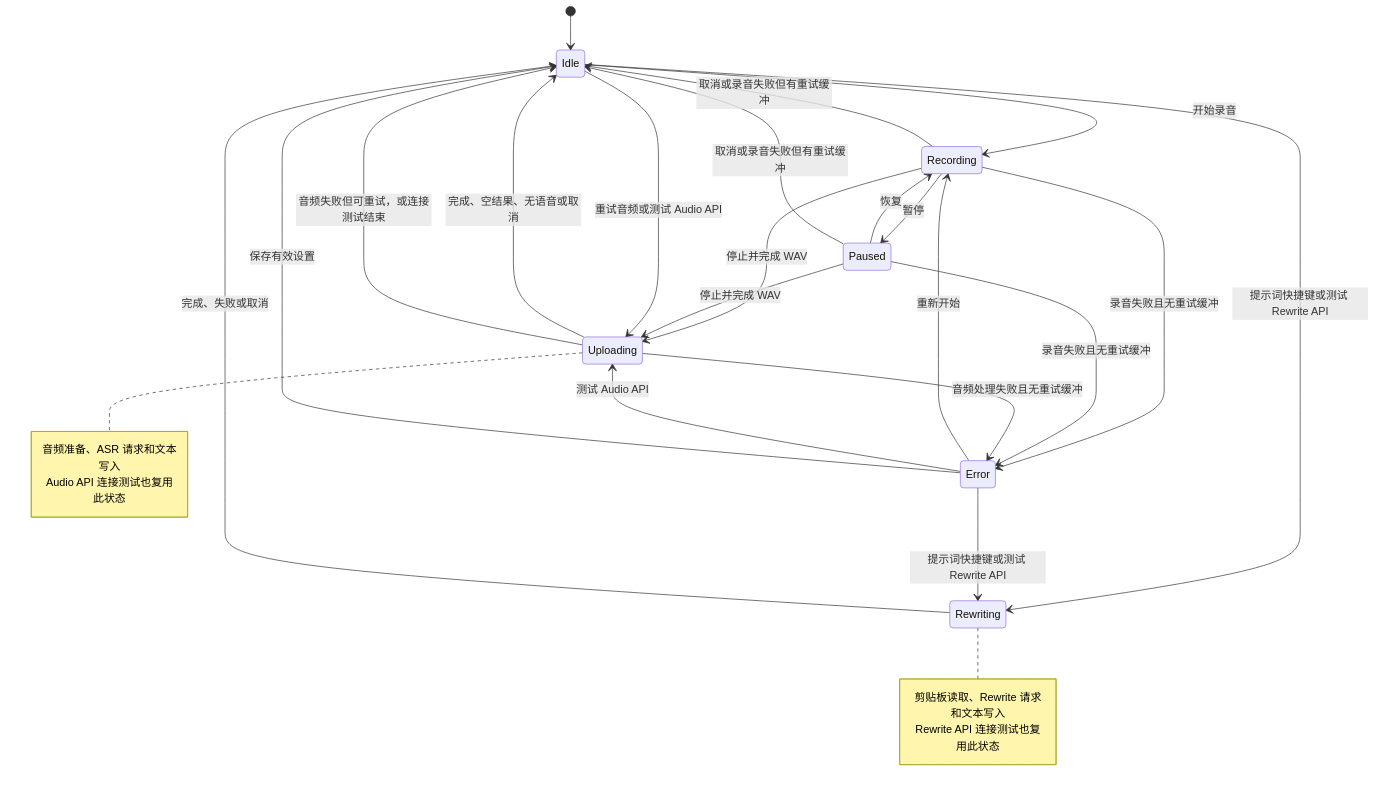
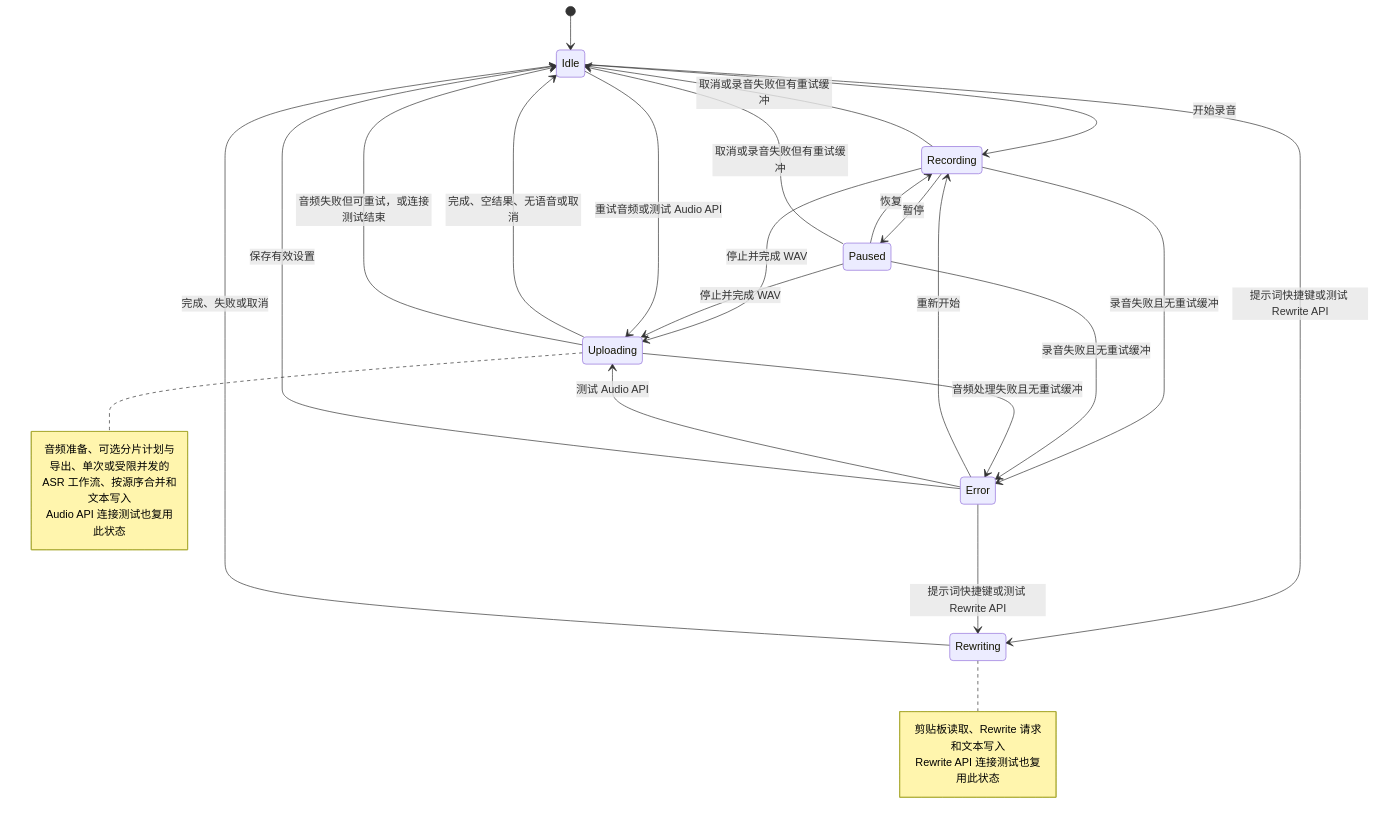
The third of 3 diagrams in README_ZH.md (Joey-Kot/Dictate-for-Windows), drawn with Mermaid before and after one commit. The commit also changed other lines of this file and 18 other files, not shown here.

````diff
--- a/README_ZH.md
+++ b/README_ZH.md
@@ -146,34 +183,35 @@
 ```mermaid
 stateDiagram-v2
     [*] --> Idle
     Idle --> Recording: 开始录音
     Error --> Recording: 重新开始
     Recording --> Paused: 暂停
     Paused --> Recording: 恢复
     Recording --> Uploading: 停止并完成 WAV
     Paused --> Uploading: 停止并完成 WAV
     Recording --> Idle: 取消或录音失败但有重试缓冲
     Paused --> Idle: 取消或录音失败但有重试缓冲
     Recording --> Error: 录音失败且无重试缓冲
     Paused --> Error: 录音失败且无重试缓冲
 
     Idle --> Uploading: 重试音频或测试 Audio API
     Error --> Uploading: 测试 Audio API
     Uploading --> Idle: 完成、空结果、无语音或取消
     Uploading --> Idle: 音频失败但可重试，或连接测试结束
     Uploading --> Error: 音频处理失败且无重试缓冲
 
     Idle --> Rewriting: 提示词快捷键或测试 Rewrite API
     Error --> Rewriting: 提示词快捷键或测试 Rewrite API
     Rewriting --> Idle: 完成、失败或取消
     Error --> Idle: 保存有效设置
 
     note right of Uploading
-        音频准备、ASR 请求和文本写入
+        音频准备、可选分片计划与导出、单次或受限并发的
+        ASR 工作流、按源序合并和文本写入
         Audio API 连接测试也复用此状态
     end note
     note right of Rewriting
         剪贴板读取、Rewrite 请求和文本写入
         Rewrite API 连接测试也复用此状态
     end note
 ```
````
